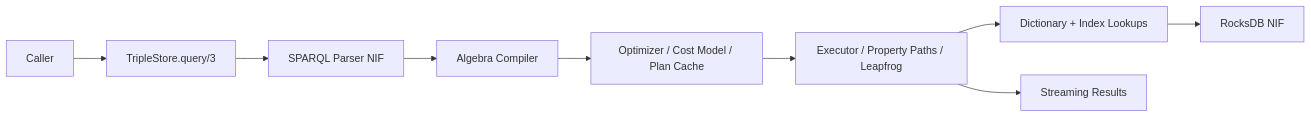
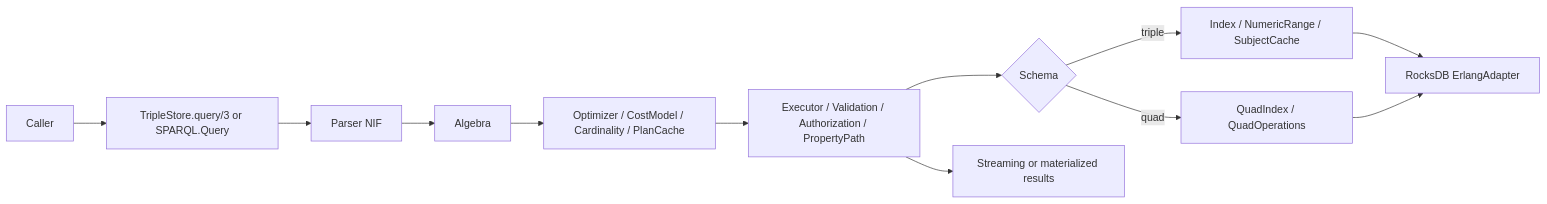
Before and after one commit to pcharbon70/triple_store: the second of 4 diagrams in specs/topology.md, drawn with Mermaid. The commit also changed other lines of this file and 25 other files, not shown here.

Commit message:
Backfill specs from current architecture

````diff
--- a/specs/topology.md
+++ b/specs/topology.md
@@ -82,11 +97,14 @@
 ```mermaid
 flowchart LR
-  A["Caller"] --> B["TripleStore.query/3"]
-  B --> C["SPARQL Parser NIF"]
-  C --> D["Algebra Compiler"]
-  D --> E["Optimizer / Cost Model / Plan Cache"]
-  E --> F["Executor / Property Paths / Leapfrog"]
-  F --> G["Dictionary + Index Lookups"]
-  G --> H["RocksDB NIF"]
-  F --> I["Streaming Results"]
+  A["Caller"] --> B["TripleStore.query/3 or SPARQL.Query"]
+  B --> C["Parser NIF"]
+  C --> D["Algebra"]
+  D --> E["Optimizer / CostModel / Cardinality / PlanCache"]
+  E --> F["Executor / Validation / Authorization / PropertyPath"]
+  F --> G{"Schema"}
+  G -->|triple| H["Index / NumericRange / SubjectCache"]
+  G -->|quad| I["QuadIndex / QuadOperations"]
+  H --> J["RocksDB ErlangAdapter"]
+  I --> J
+  F --> K["Streaming or materialized results"]
 ```
````
